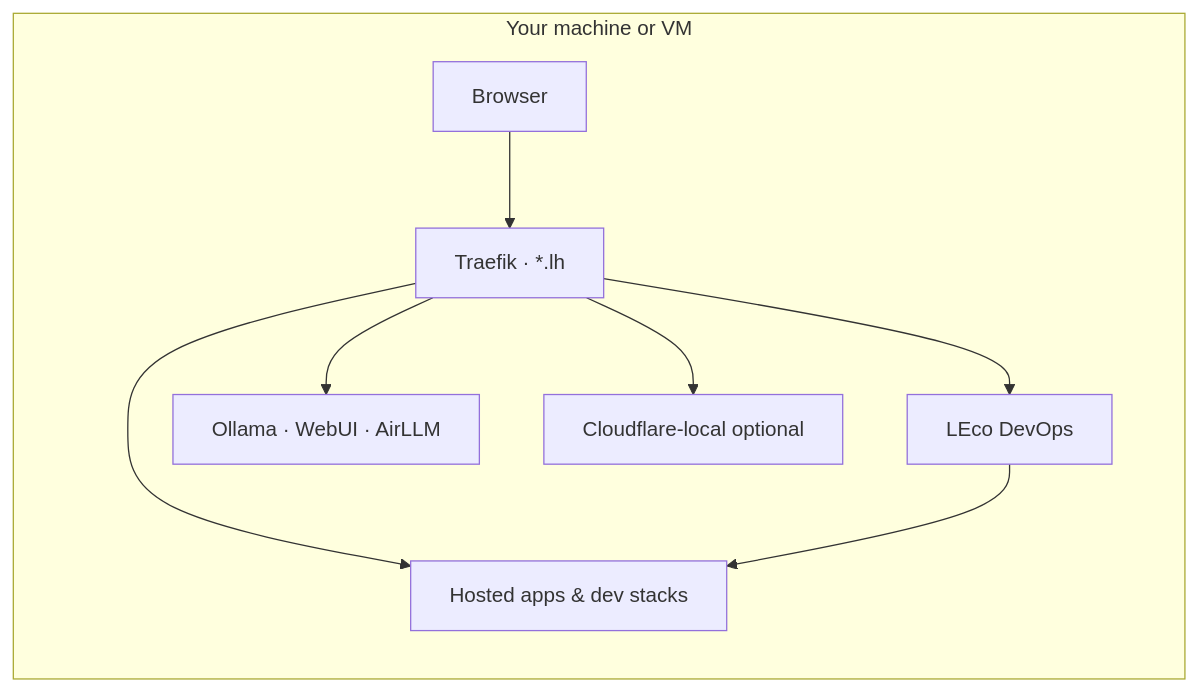
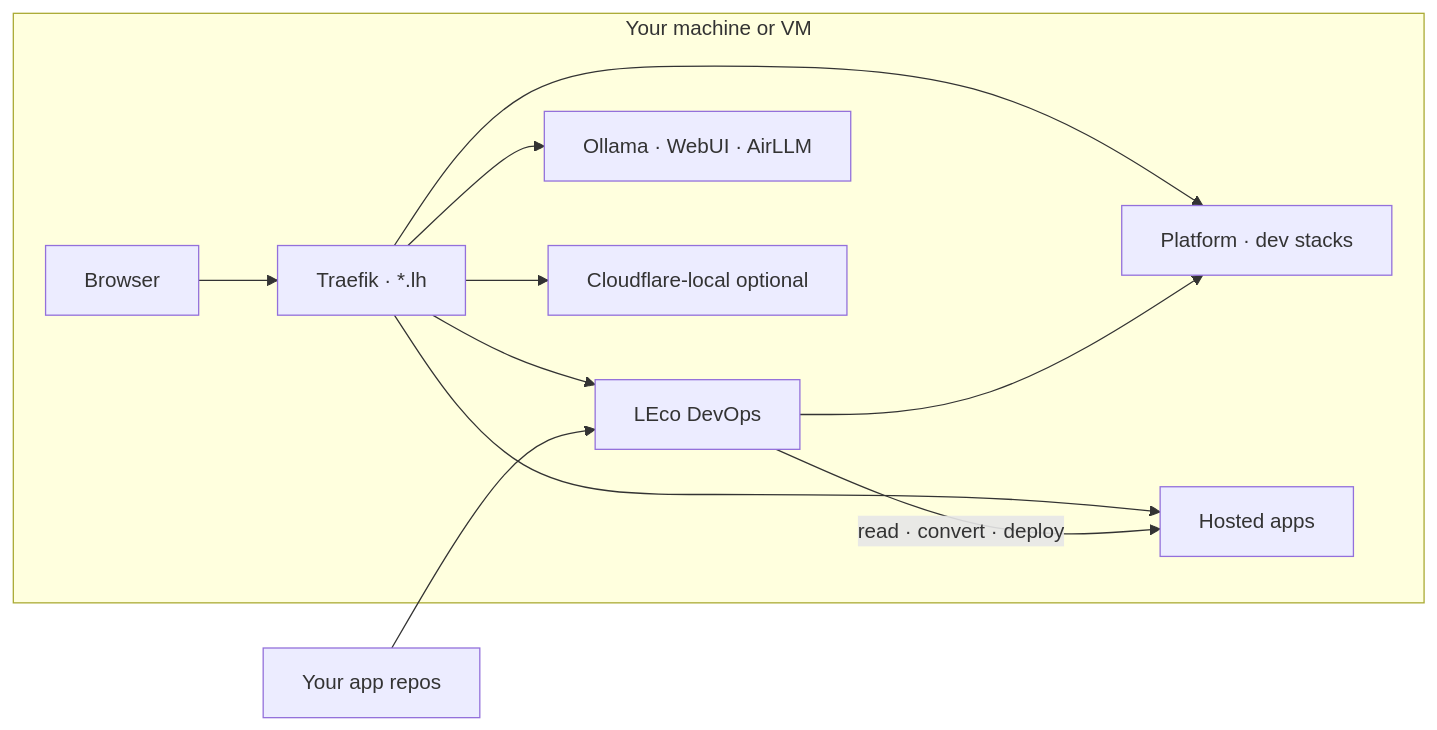
Before and after one commit to leco-devops/local-ecosystem: the diagram in README.md, drawn with Mermaid. The commit also changed other lines of this file and 1 other file, not shown here.

First line of the commit message:
docs: README USP, Platform section, drop GitHub Pages how-to

````diff
--- a/README.md
+++ b/README.md
@@ -156,17 +222,22 @@
 ```mermaid
 flowchart LR
   subgraph You["Your machine or VM"]
     Browser["Browser"]
     Traefik["Traefik · *.lh"]
     Dash["LEco DevOps"]
-    Apps["Hosted apps & dev stacks"]
+    Plat["Platform · dev stacks"]
+    Apps["Hosted apps"]
     AI["Ollama · WebUI · AirLLM"]
     CF["Cloudflare-local optional"]
   end
+  Repo["Your app repos"]
   Browser --> Traefik
   Traefik --> Dash
+  Traefik --> Plat
   Traefik --> Apps
   Traefik --> AI
   Traefik --> CF
-  Dash --> Apps
+  Repo --> Dash
+  Dash -->|"read · convert · deploy"| Apps
+  Dash --> Plat
 ```
````
